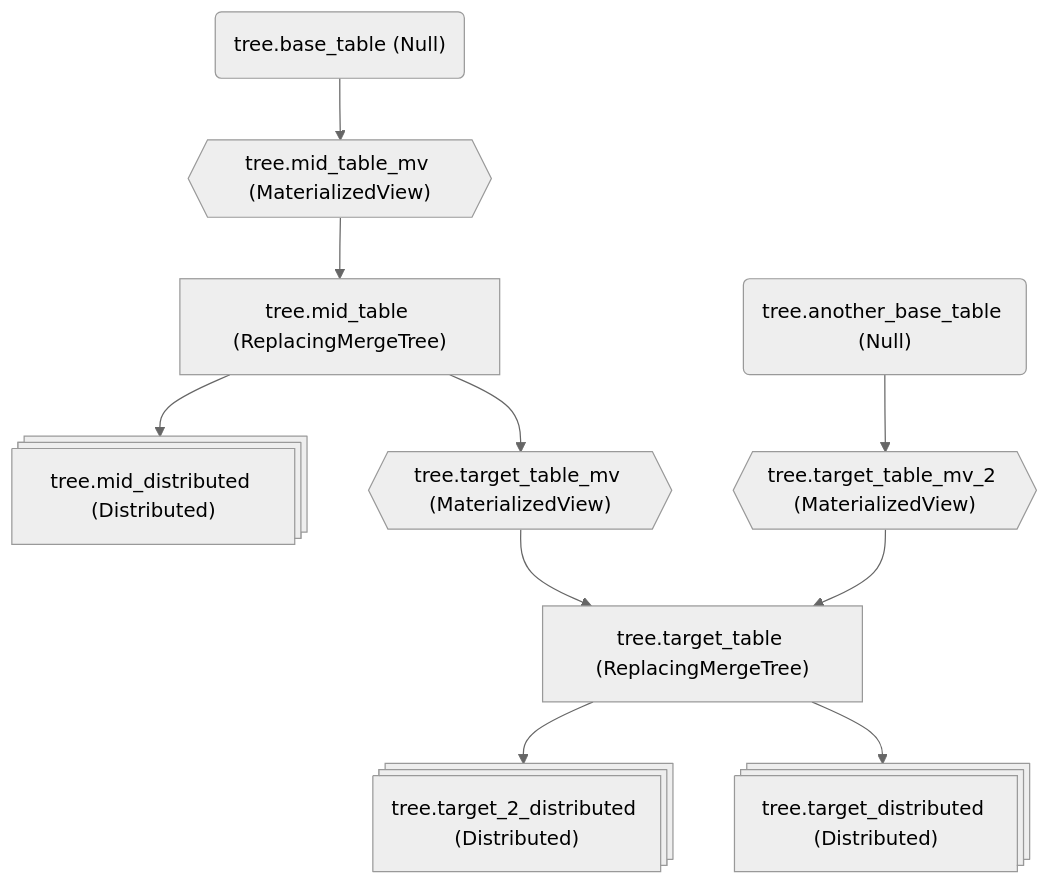
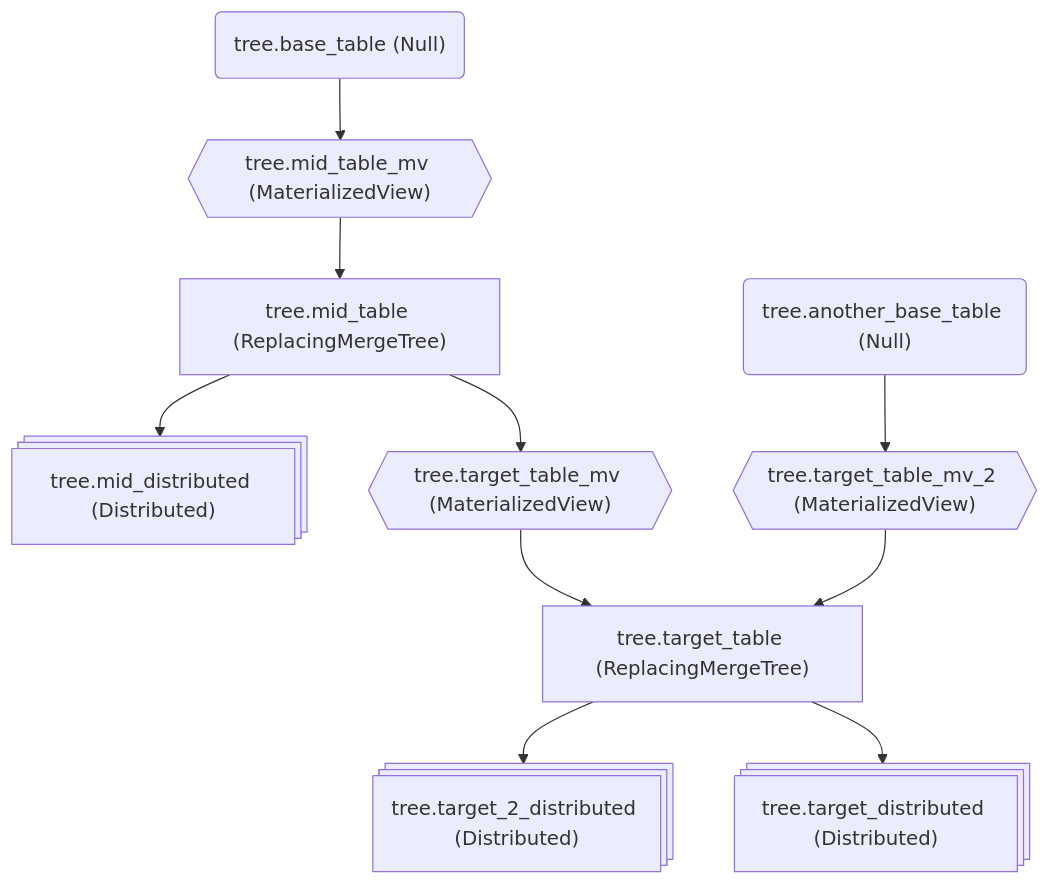
One commit to mbaksheev/clickhouse-table-graph changed the first of 2 diagrams in README.md. Above: the diagram before and after it, drawn with Mermaid. The commit also changed other lines of this file, not shown here.

````diff
--- a/README.md
+++ b/README.md
@@ -10,13 +22,12 @@
 ```mermaid
 flowchart TB
-%%{init: {'theme':'neutral'}}%%
 tree.mid_table@{ shape: rect, label: "tree.mid_table (ReplacingMergeTree)" } --> tree.mid_distributed@{ shape: st-rect, label: "tree.mid_distributed (Distributed)" }
 tree.mid_table@{ shape: rect, label: "tree.mid_table (ReplacingMergeTree)" } --> tree.target_table_mv@{ shape: hex, label: "tree.target_table_mv (MaterializedView)" }
 tree.mid_table_mv@{ shape: hex, label: "tree.mid_table_mv (MaterializedView)" } --> tree.mid_table@{ shape: rect, label: "tree.mid_table (ReplacingMergeTree)" }
 tree.base_table@{ shape: rounded, label: "tree.base_table (Null)" } --> tree.mid_table_mv@{ shape: hex, label: "tree.mid_table_mv (MaterializedView)" }
 tree.target_table_mv@{ shape: hex, label: "tree.target_table_mv (MaterializedView)" } --> tree.target_table@{ shape: rect, label: "tree.target_table (ReplacingMergeTree)" }
 tree.target_table@{ shape: rect, label: "tree.target_table (ReplacingMergeTree)" } --> tree.target_2_distributed@{ shape: st-rect, label: "tree.target_2_distributed (Distributed)" }
 tree.target_table@{ shape: rect, label: "tree.target_table (ReplacingMergeTree)" } --> tree.target_distributed@{ shape: st-rect, label: "tree.target_distributed (Distributed)" }
 tree.target_table_mv_2@{ shape: hex, label: "tree.target_table_mv_2 (MaterializedView)" } --> tree.target_table@{ shape: rect, label: "tree.target_table (ReplacingMergeTree)" }
 tree.another_base_table@{ shape: rounded, label: "tree.another_base_table (Null)" } --> tree.target_table_mv_2@{ shape: hex, label: "tree.target_table_mv_2 (MaterializedView)" }
 ```
````
